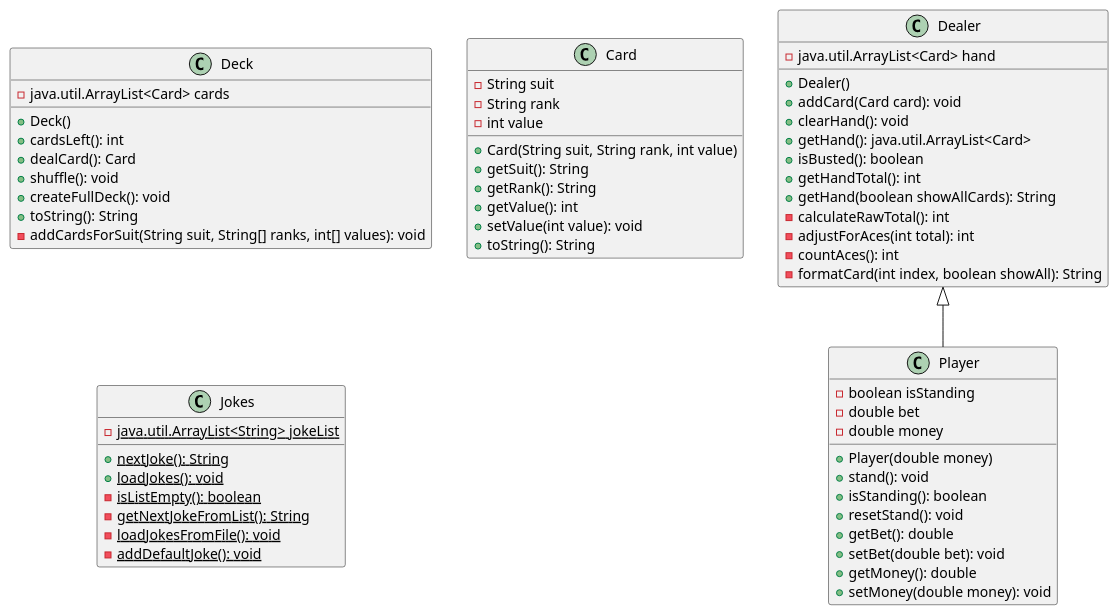
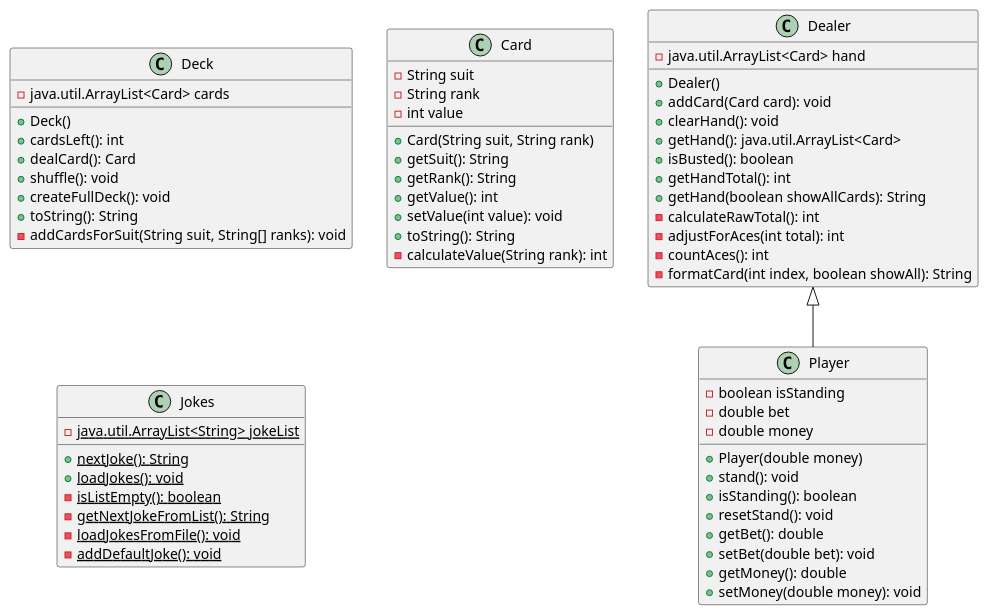
The diagram in UML.puml (DevHamzaKhan/blackjack), drawn with PlantUML before and after one commit. The commit also changed 3 other files, not shown here.

```diff
--- a/UML.puml
+++ b/UML.puml
@@ -1,66 +1,67 @@
 @startuml
 
 class Deck {
   - java.util.ArrayList<Card> cards
   + Deck()
   + cardsLeft(): int
   + dealCard(): Card
   + shuffle(): void
   + createFullDeck(): void
   + toString(): String
-  - addCardsForSuit(String suit, String[] ranks, int[] values): void
+  - addCardsForSuit(String suit, String[] ranks): void
 }
 
 class Card {
   - String suit
   - String rank
   - int value
-  + Card(String suit, String rank, int value)
+  + Card(String suit, String rank)
   + getSuit(): String
   + getRank(): String
   + getValue(): int
   + setValue(int value): void
   + toString(): String
+  - calculateValue(String rank): int
 }
 
 class Dealer {
   - java.util.ArrayList<Card> hand
   + Dealer()
   + addCard(Card card): void
   + clearHand(): void
   + getHand(): java.util.ArrayList<Card>
   + isBusted(): boolean
   + getHandTotal(): int
   + getHand(boolean showAllCards): String
   - calculateRawTotal(): int
   - adjustForAces(int total): int
   - countAces(): int
   - formatCard(int index, boolean showAll): String
 }
 
 class Player extends Dealer {
   - boolean isStanding
   - double bet
   - double money
   + Player(double money)
   + stand(): void
   + isStanding(): boolean
   + resetStand(): void
   + getBet(): double
   + setBet(double bet): void
   + getMoney(): double
   + setMoney(double money): void
 }
 
 
 class Jokes {
   {static} - java.util.ArrayList<String> jokeList
   {static} + nextJoke(): String
   {static} + loadJokes(): void
   {static} - isListEmpty(): boolean
   {static} - getNextJokeFromList(): String
   {static} - loadJokesFromFile(): void
   {static} - addDefaultJoke(): void
 }
 
 @enduml
```
